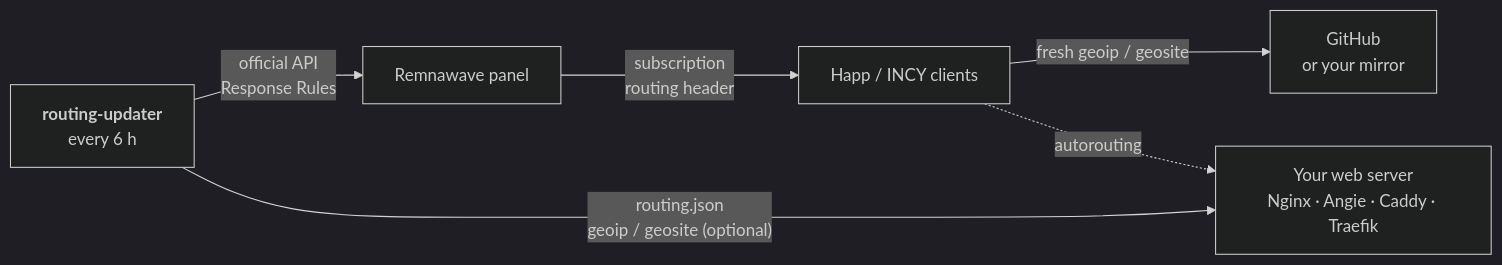
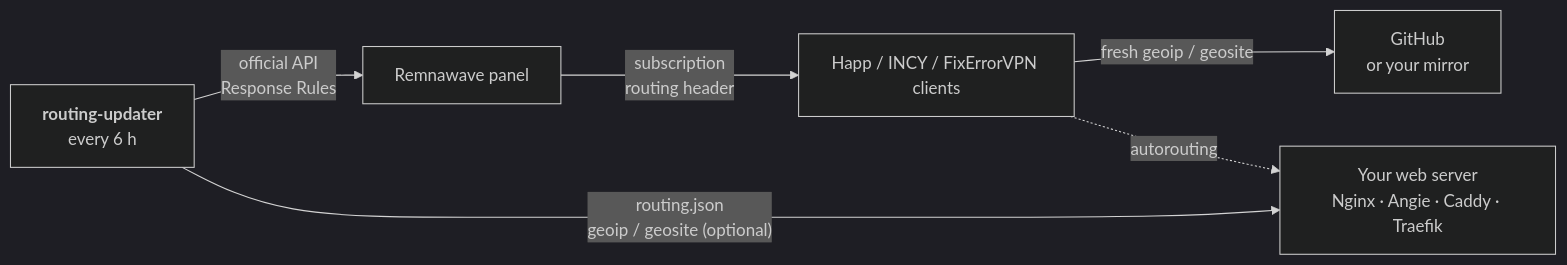
The diagram in README.en.md (3APA3A-3AHO3A/remnawave-routing-updater), drawn with Mermaid (dark theme) before and after one commit. The commit also changed other lines of this file, not shown here.

First line of the commit message:
README.en: FixErrorVPN support, clients and python badges

````diff
--- a/README.en.md
+++ b/README.en.md
@@ -61,8 +62,8 @@
 ```mermaid
 flowchart LR
     U["<b>routing-updater</b><br/>every 6 h"] -- "official API<br/>Response Rules" --> P["Remnawave panel"]
     U -- "routing.json<br/>geoip / geosite (optional)" --> W["Your web server<br/>Nginx · Angie · Caddy · Traefik"]
-    P -- "subscription<br/>routing header" --> C["Happ / INCY clients"]
+    P -- "subscription<br/>routing header" --> C["Happ / INCY / FixErrorVPN clients"]
     C -- "fresh geoip / geosite" --> G["GitHub<br/>or your mirror"]
     C -. "autorouting" .-> W
 ```
````
